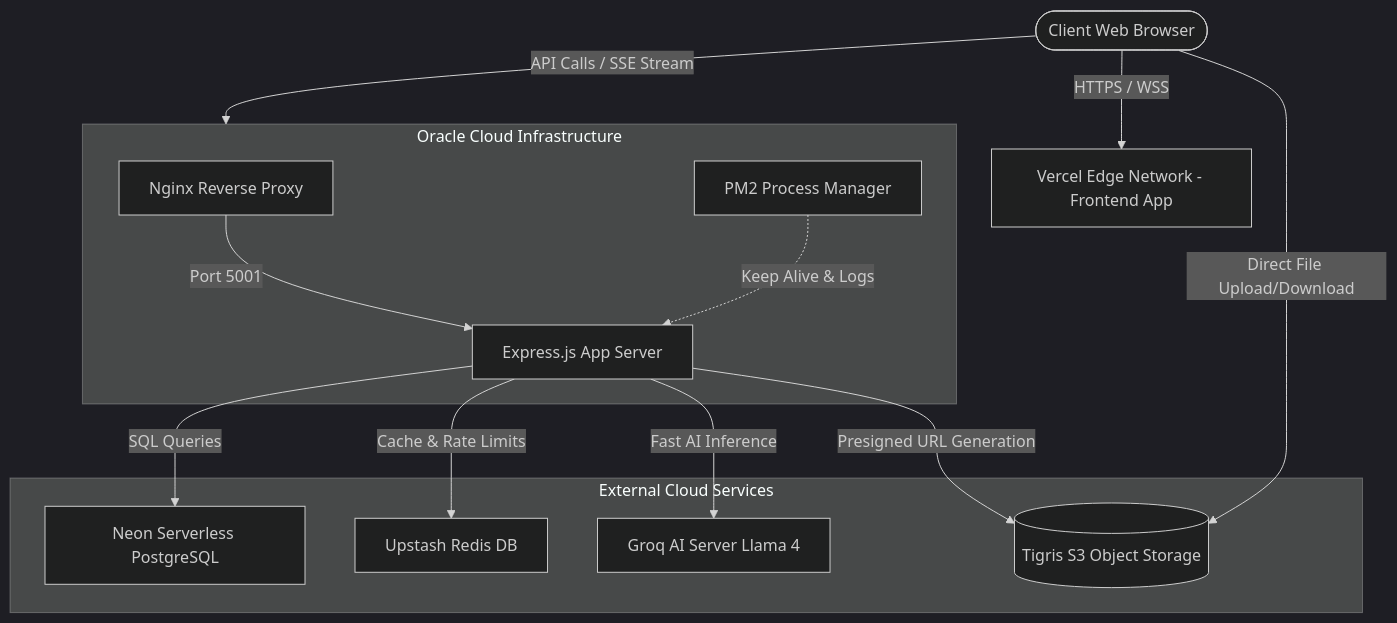
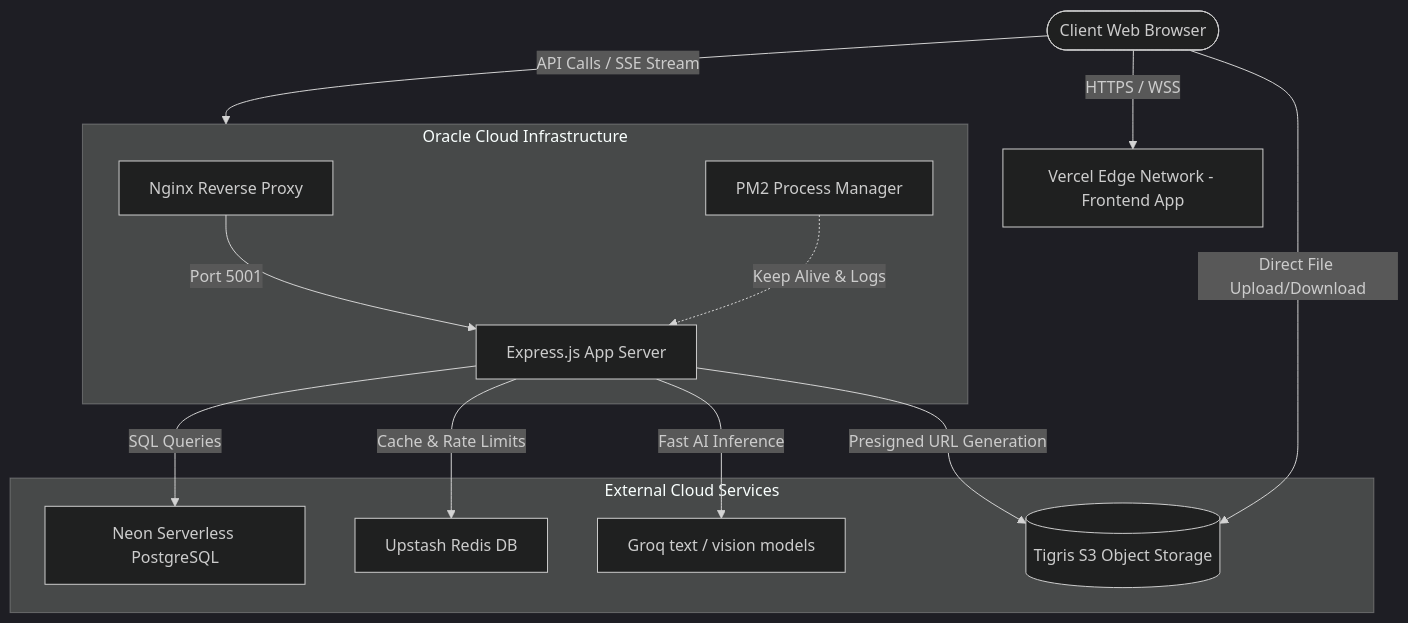
Before and after one commit to priyanshwho/EDUS: the first of 2 diagrams in README.md, drawn with Mermaid (dark theme). The commit also changed other lines of this file and 2 other files, not shown here.

Commit message:
Explain the study architecture and prepare interview questions

````diff
--- a/README.md
+++ b/README.md
@@ -43,19 +43,19 @@
 ```mermaid
 graph TD
     User([Client Web Browser]) -->|HTTPS / WSS| Vercel[Vercel Edge Network - Frontend App]
     User -->|API Calls / SSE Stream| OCI[Oracle Cloud VM - API Gateway]
     
     subgraph OCI [Oracle Cloud Infrastructure]
         Nginx[Nginx Reverse Proxy] -->|Port 5001| Express[Express.js App Server]
         PM2[PM2 Process Manager] -.->|Keep Alive & Logs| Express
     end
     
     subgraph External Cloud Services
         Express -->|SQL Queries| Neon[Neon Serverless PostgreSQL]
         Express -->|Cache & Rate Limits| Redis[Upstash Redis DB]
-        Express -->|Fast AI Inference| Groq[Groq AI Server Llama 4]
+        Express -->|Fast AI Inference| Groq[Groq text / vision models]
         Express -->|Presigned URL Generation| Tigris[(Tigris S3 Object Storage)]
     end
     
     User -->|Direct File Upload/Download| Tigris
 ```
````
